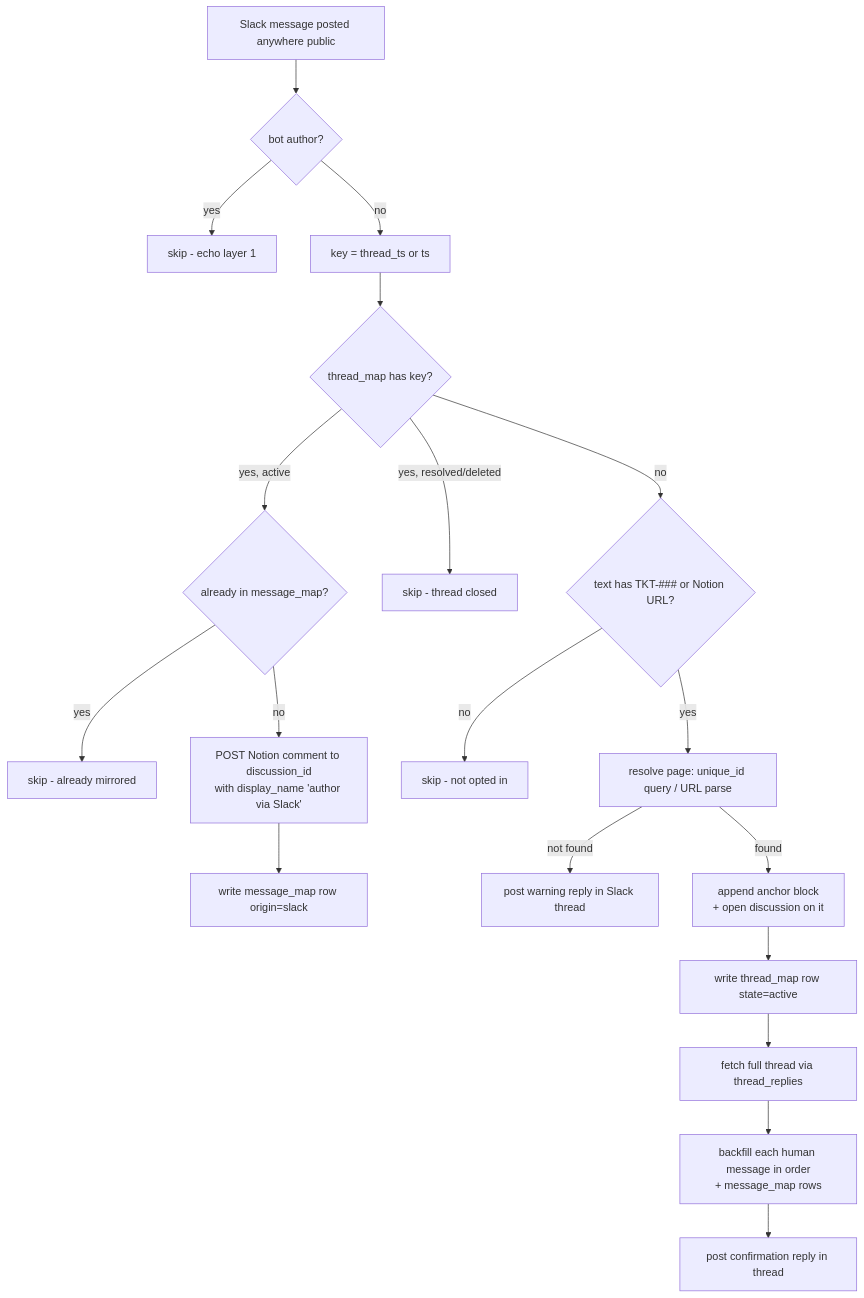
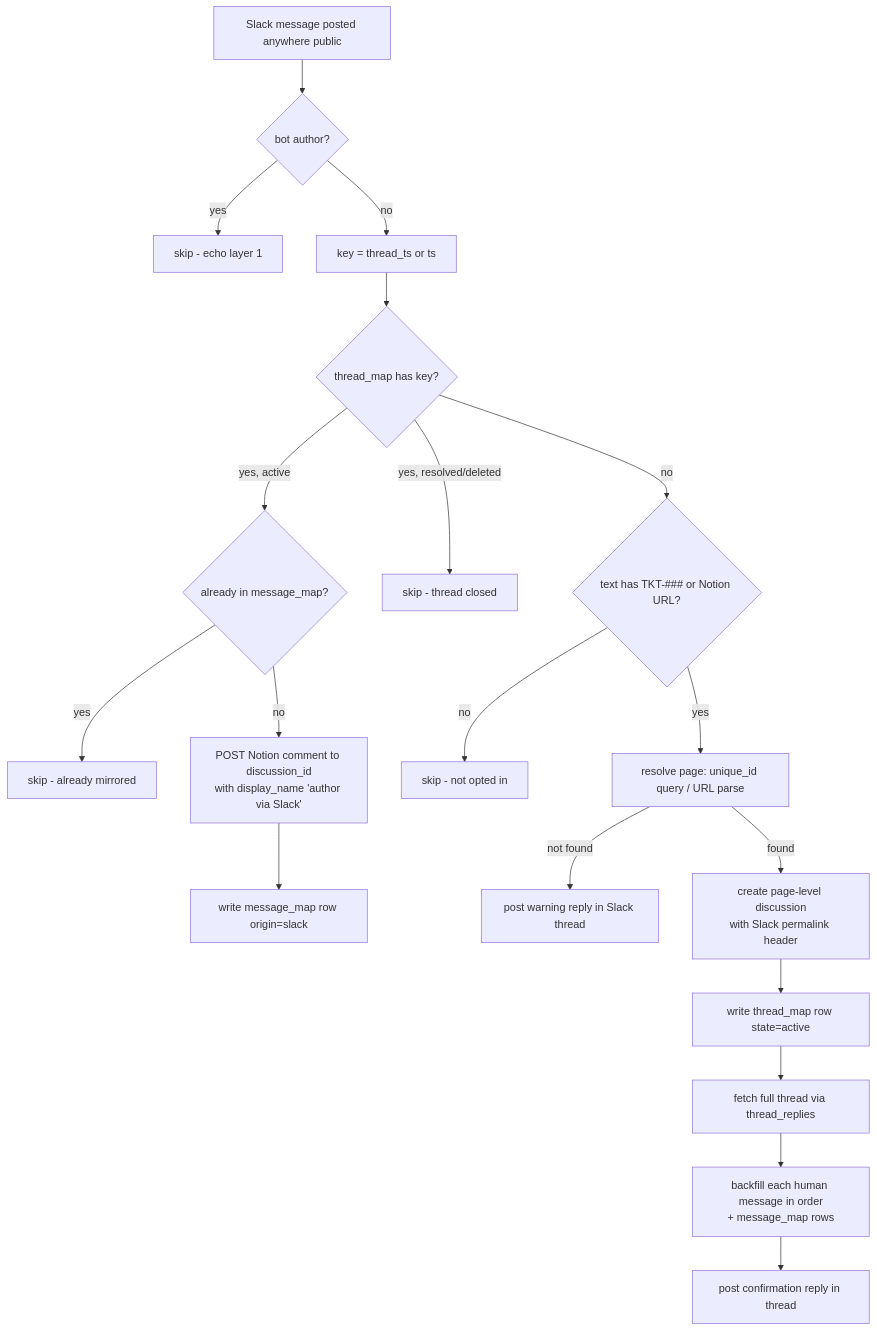
The diagram in slack-thread-to-notion-discussion/README.md (work-flowers/zapier-sdk), drawn with Mermaid before and after one commit. The commit also changed other lines of this file and 3 other files, not shown here.

First line of the commit message:
Roll back to page-level discussions while TKT-825 is paused

````diff
--- a/slack-thread-to-notion-discussion/README.md
+++ b/slack-thread-to-notion-discussion/README.md
@@ -13,21 +13,21 @@
 ```mermaid
 flowchart TD
     T[Slack message posted anywhere public] --> B{bot author?}
     B -- yes --> S1[skip - echo layer 1]
     B -- no --> K[key = thread_ts or ts]
     K --> L{thread_map has key?}
     L -- "yes, active" --> D{already in message_map?}
     D -- yes --> S2[skip - already mirrored]
     D -- no --> C[POST Notion comment to discussion_id\nwith display_name 'author via Slack']
     C --> W[write message_map row origin=slack]
     L -- "yes, resolved/deleted" --> S3[skip - thread closed]
     L -- no --> R{text has TKT-### or Notion URL?}
     R -- no --> S4[skip - not opted in]
     R -- yes --> Q[resolve page: unique_id query / URL parse]
     Q -- not found --> N[post warning reply in Slack thread]
-    Q -- found --> P[append anchor block\n+ open discussion on it]
+    Q -- found --> P[create page-level discussion\nwith Slack permalink header]
     P --> M[write thread_map row state=active]
     M --> F[fetch full thread via thread_replies]
     F --> BF[backfill each human message in order\n+ message_map rows]
     BF --> OK[post confirmation reply in thread]
 ```
````
